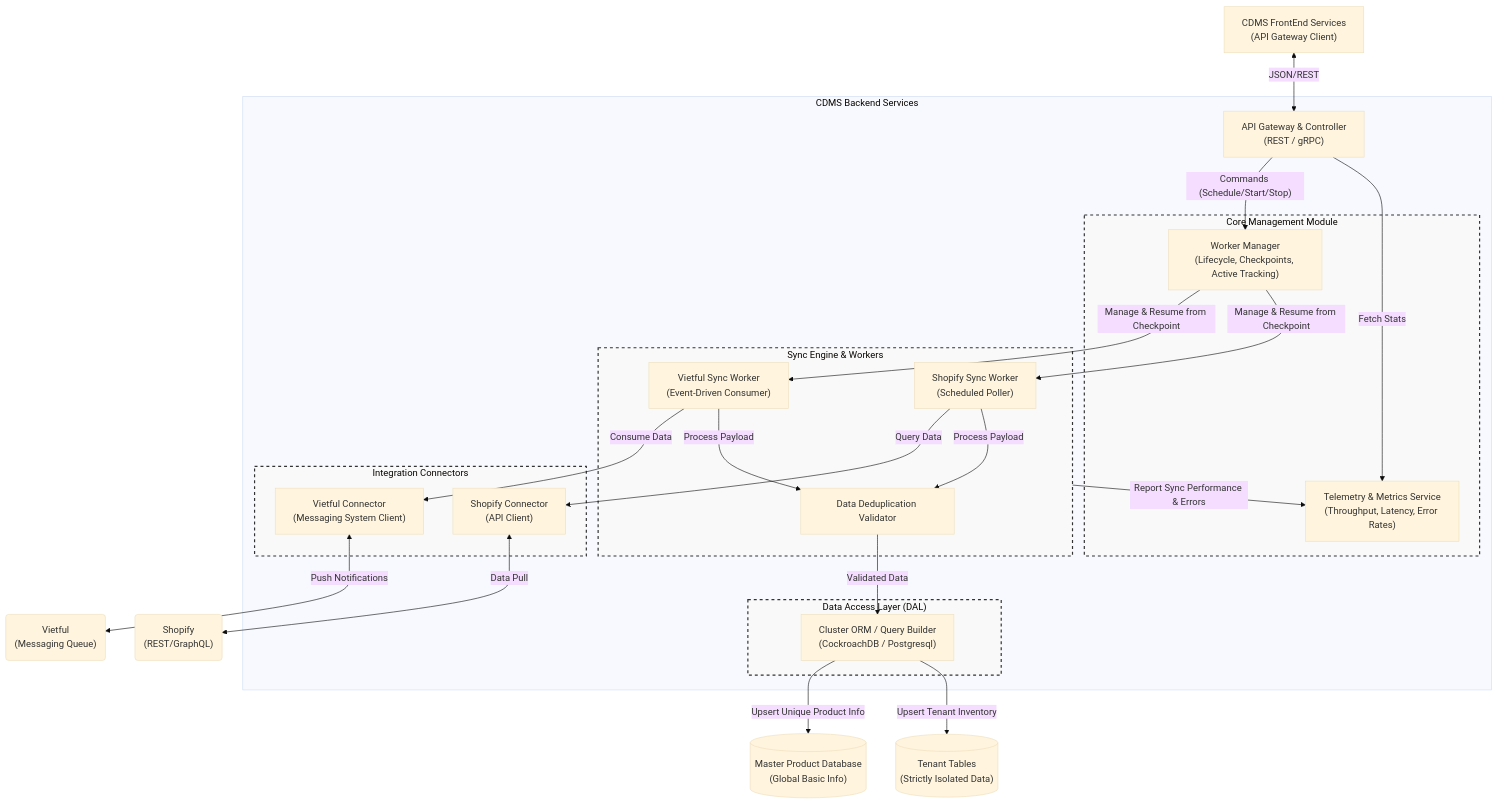
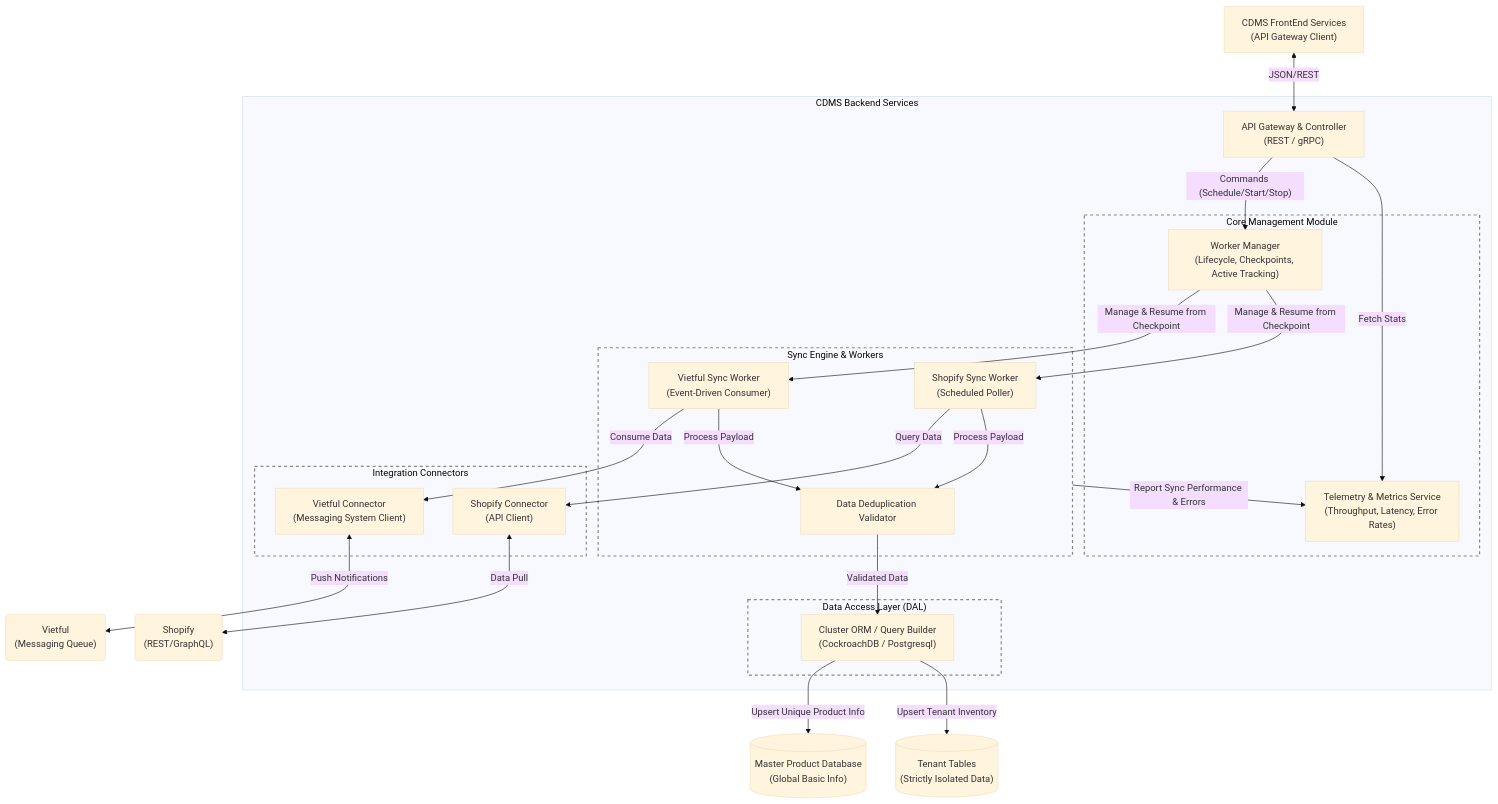
Before and after one commit to lehiep1994/Change-Data-Management-System: the diagram in Design/BE/BE_CDMS.md, drawn with Mermaid (base theme).

Commit message:
Fix small issue relating to color for OBJ interaction design on BE side

````diff
--- a/Design/BE/BE_CDMS.md
+++ b/Design/BE/BE_CDMS.md
@@ -1,67 +1,67 @@
 ```mermaid
 flowchart TD
     %% Khai báo Frontend kết nối vào
     FE["CDMS FrontEnd Services<br>(API Gateway Client)"]
 
     subgraph BE ["CDMS Backend Services"]
         API["API Gateway & Controller<br>(REST / gRPC)"]
         
         subgraph Management ["Core Management Module"]
             WorkerManager["Worker Manager<br>(Lifecycle, Checkpoints, Active Tracking)"]
             Metrics["Telemetry & Metrics Service<br>(Throughput, Latency, Error Rates)"]
         end
         
         subgraph Workers ["Sync Engine & Workers"]
             VWorker["Vietful Sync Worker<br>(Event-Driven Consumer)"]
             SWorker["Shopify Sync Worker<br>(Scheduled Poller)"]
             Dedup["Data Deduplication Validator"]
         end
         
         subgraph Connectors ["Integration Connectors"]
             VConn["Vietful Connector<br>(Messaging System Client)"]
             SConn["Shopify Connector<br>(API Client)"]
         end
         
         subgraph DAL ["Data Access Layer (DAL)"]
             DBManager["Cluster ORM / Query Builder<br>(CockroachDB / Postgresql)"]
         end
     end
 
     %% External APIs/Clouds (Dùng hình bo tròn)
     VietfulAPI("Vietful<br>(Messaging Queue)")
     ShopifyAPI("Shopify<br>(REST/GraphQL)")
 
     %% Databases (Dùng hình trụ cơ sở dữ liệu)
     MasterDB[("Master Product Database<br>(Global Basic Info)")]
     TenantDB[("Tenant Tables<br>(Strictly Isolated Data)")]
 
     %% Flow logic: FE gọi vào BE
     FE <-->|"JSON/REST"| API
 
     %% Flow logic nội bộ BE
     API -->|"Commands (Schedule/Start/Stop)"| WorkerManager
     API -->|"Fetch Stats"| Metrics
 
     WorkerManager -->|"Manage & Resume from Checkpoint"| VWorker
     WorkerManager -->|"Manage & Resume from Checkpoint"| SWorker
 
     VWorker -->|"Consume Data"| VConn
     SWorker -->|"Query Data"| SConn
     
     VConn <-->|"Push Notifications"| VietfulAPI
     SConn <-->|"Data Pull"| ShopifyAPI
 
     VWorker -->|"Process Payload"| Dedup
     SWorker -->|"Process Payload"| Dedup
     Dedup -->|"Validated Data"| DBManager 
 
     %% Kết nối từ cả cụm Workers tới Metrics
     Workers -->|"Report Sync Performance & Errors"| Metrics
 
     DBManager -->|"Upsert Unique Product Info"| MasterDB
     DBManager -->|"Upsert Tenant Inventory"| TenantDB
     
-    %% Tùy chỉnh màu sắc nét đứt cho các package con giống PlantUML
-    classDef packageStyle fill:#f9f9f9,stroke:#333,stroke-width:2px,stroke-dasharray: 5 5;
+    %% [ĐÃ SỬA LỖI DARK MODE] Dùng nền trong suốt (none) và viền xám (#888)
+    classDef packageStyle fill:none,stroke:#888,stroke-width:2px,stroke-dasharray: 5 5;
     class Management,Workers,Connectors,DAL packageStyle;
 ```
````
